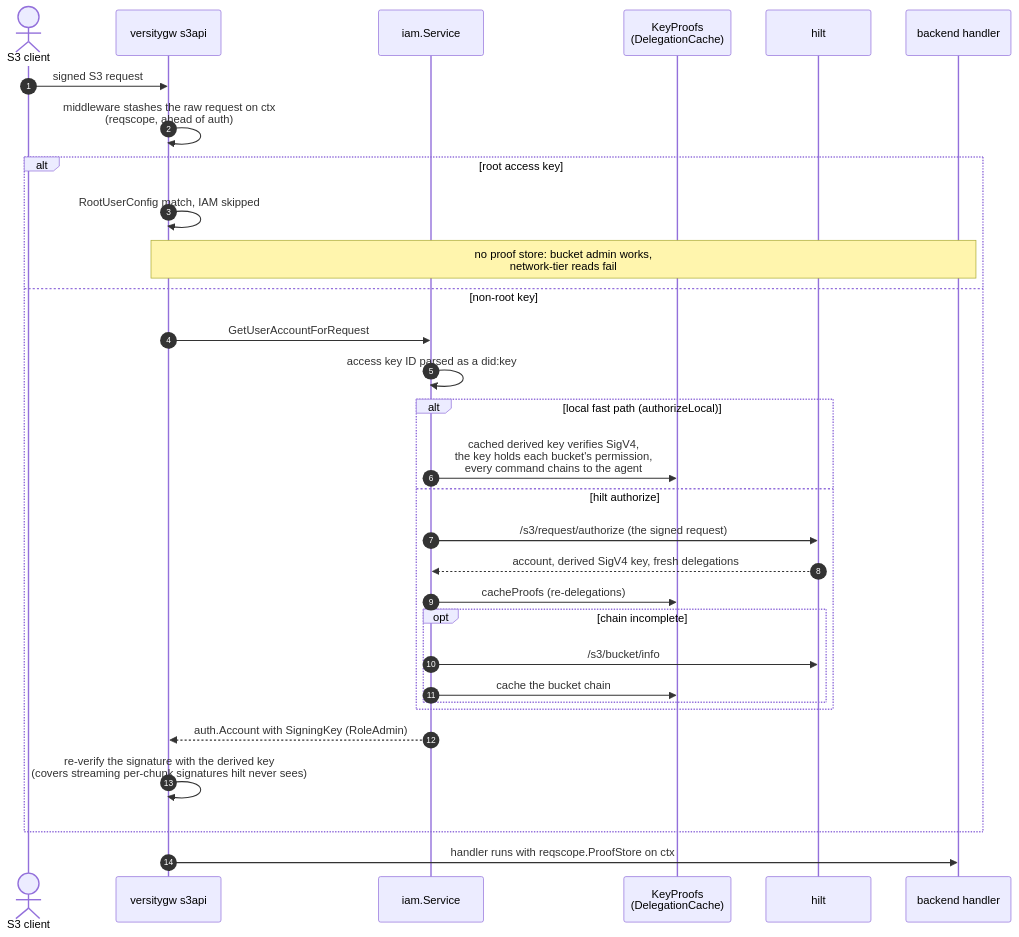
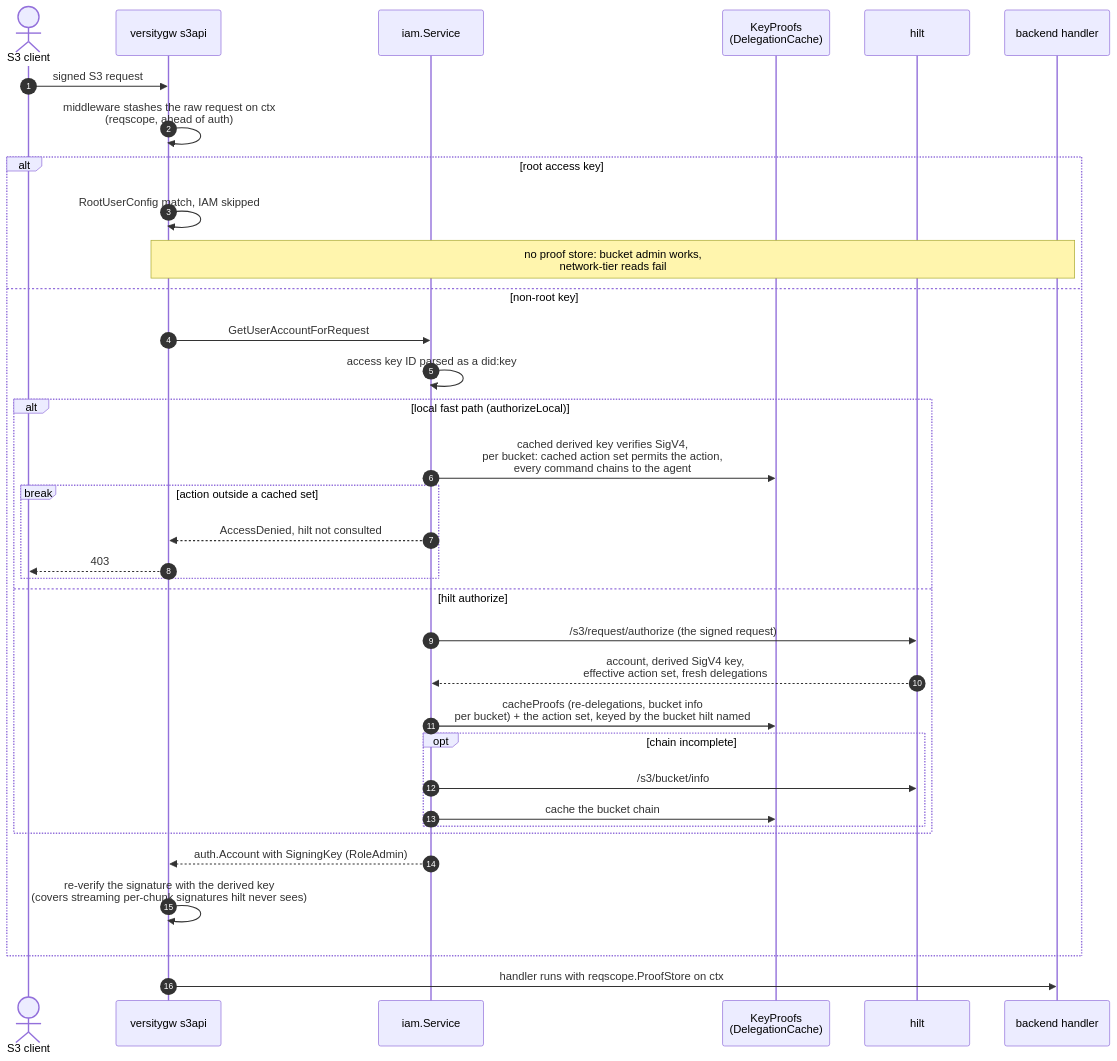
Before and after one commit to fil-forge/ingot: diagram 12 of 14 in docs/diagrams.md, drawn with Mermaid. The commit also changed other lines of this file and 10 other files, not shown here.

````diff
--- a/docs/diagrams.md
+++ b/docs/diagrams.md
@@ -705,34 +713,38 @@
 ```mermaid
 sequenceDiagram
     autonumber
     actor C as S3 client
     participant G as versitygw s3api
     participant I as iam.Service
     participant K as KeyProofs<br/>(DelegationCache)
     participant H as hilt
     participant B as backend handler
 
     C->>G: signed S3 request
     G->>G: middleware stashes the raw request on ctx<br/>(reqscope, ahead of auth)
     alt root access key
         G->>G: RootUserConfig match, IAM skipped
         Note over G,B: no proof store: bucket admin works,<br/>network-tier reads fail
     else non-root key
         G->>I: GetUserAccountForRequest
         I->>I: access key ID parsed as a did:key
         alt local fast path (authorizeLocal)
-            I->>K: cached derived key verifies SigV4,<br/>the key holds each bucket's permission,<br/>every command chains to the agent
+            I->>K: cached derived key verifies SigV4,<br/>per bucket: cached action set permits the action,<br/>every command chains to the agent
+            break action outside a cached set
+                I-->>G: AccessDenied, hilt not consulted
+                G-->>C: 403
+            end
         else hilt authorize
             I->>H: /s3/request/authorize (the signed request)
-            H-->>I: account, derived SigV4 key, fresh delegations
-            I->>K: cacheProofs (re-delegations)
+            H-->>I: account, derived SigV4 key,<br/>effective action set, fresh delegations
+            I->>K: cacheProofs (re-delegations, bucket info<br/>per bucket) + the action set, keyed by the bucket hilt named
             opt chain incomplete
                 I->>H: /s3/bucket/info
                 I->>K: cache the bucket chain
             end
         end
         I-->>G: auth.Account with SigningKey (RoleAdmin)
         G->>G: re-verify the signature with the derived key<br/>(covers streaming per-chunk signatures hilt never sees)
     end
     G->>B: handler runs with reqscope.ProofStore on ctx
 ```
````
